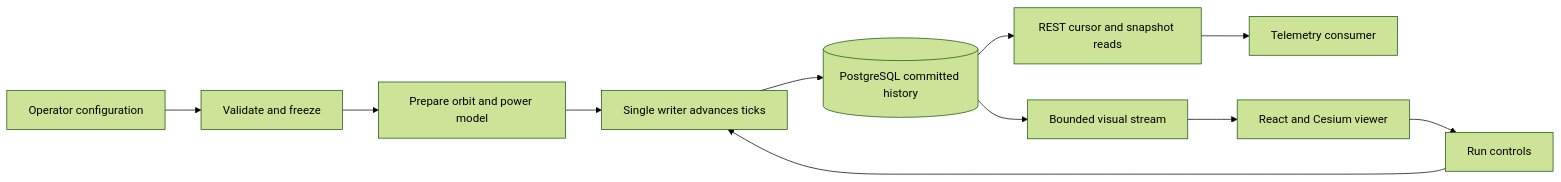
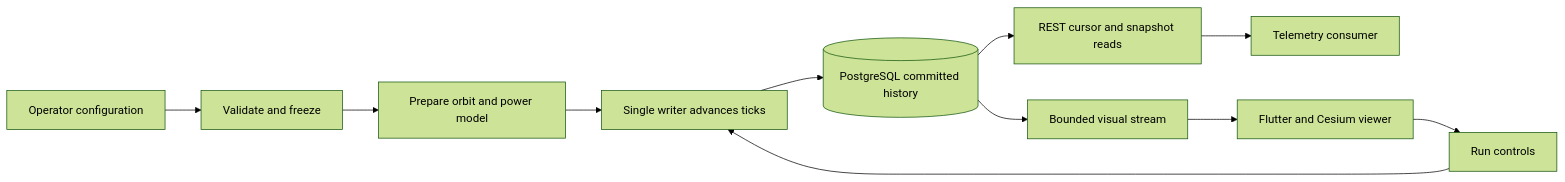
Before and after one commit to metisorbital/satellite-simulation: the diagram in docs/implementation.md, drawn with Mermaid (forest theme). The commit also changed other lines of this file and 81 other files, not shown here.

````diff
--- a/docs/implementation.md
+++ b/docs/implementation.md
@@ -17,13 +17,13 @@
 ```mermaid
 flowchart LR
   config[Operator configuration] --> validate[Validate and freeze]
   validate --> engine[Prepare orbit and power model]
   engine --> runner[Single writer advances ticks]
   runner --> database[(PostgreSQL committed history)]
   database --> api[REST cursor and snapshot reads]
   database --> visual[Bounded visual stream]
   api --> consumer[Telemetry consumer]
-  visual --> viewer[React and Cesium viewer]
+  visual --> viewer[Flutter and Cesium viewer]
   viewer --> controls[Run controls]
   controls --> runner
 ```
````
